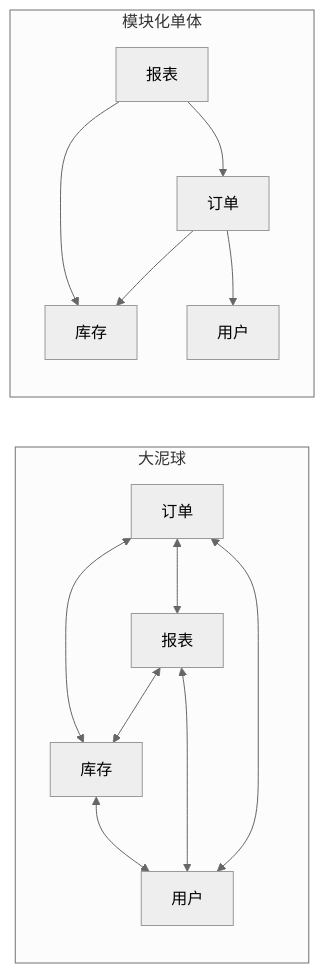
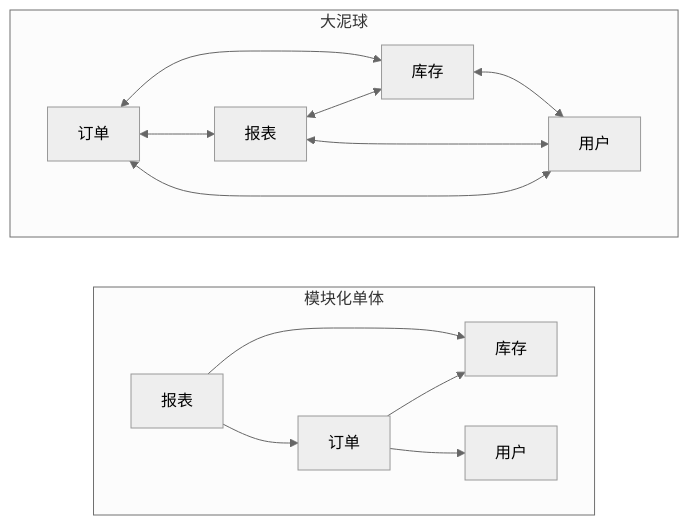
One commit to jarvis-pro/hatch-shelf changed the first of 2 diagrams in books/system-design/01-modular-monolith.md. Above: the diagram before and after it, drawn with Mermaid (neutral theme). The commit also changed other lines of this file and 432 other files, not shown here.

````diff
--- a/books/system-design/01-modular-monolith.md
+++ b/books/system-design/01-modular-monolith.md
@@ -63,17 +63,18 @@
 ```mermaid
-flowchart LR
+flowchart TD
   subgraph A["大泥球"]
     a1[订单] <--> a2[库存]
     a2 <--> a3[用户]
     a3 <--> a1
     a1 <--> a4[报表]
     a4 <--> a2
     a4 <--> a3
   end
   subgraph B["模块化单体"]
     b1[订单] --> b2[库存]
     b1 --> b3[用户]
     b4[报表] --> b1
     b4 --> b2
   end
+  A ~~~ B
 ```
````
